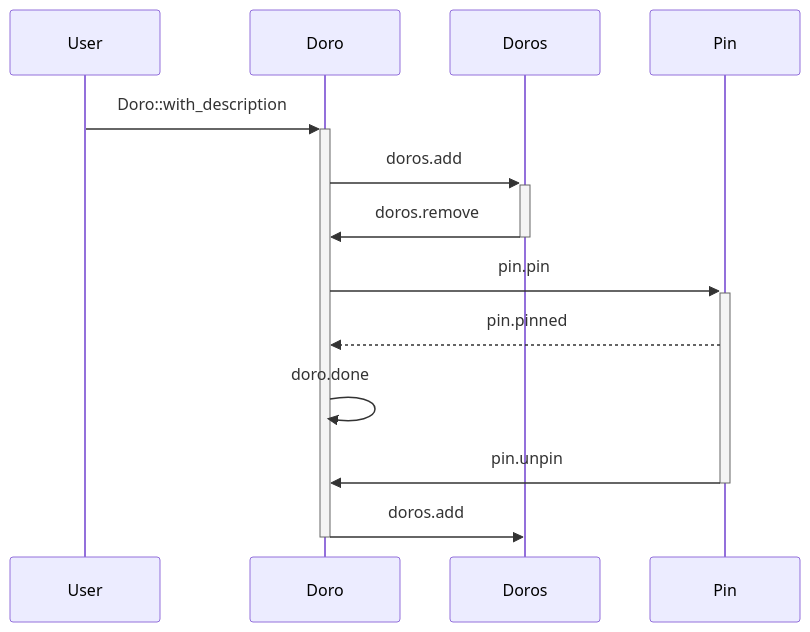
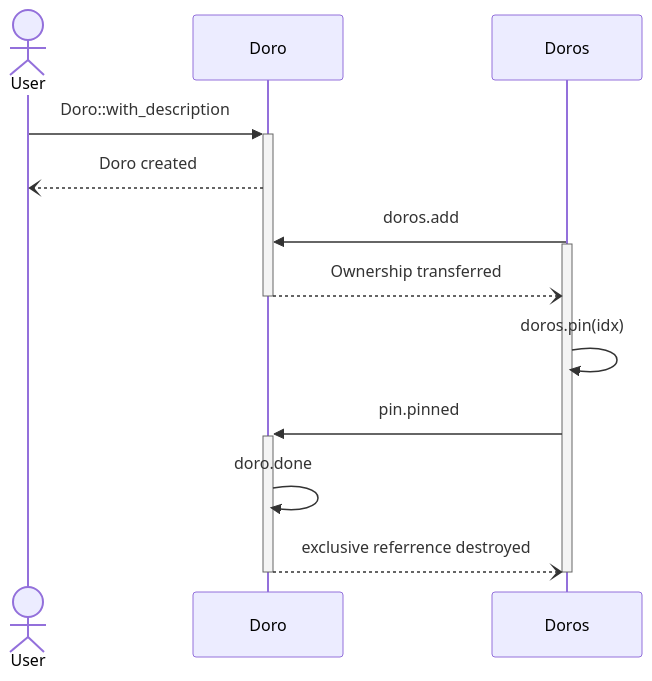
The fourth of 4 diagrams in src/pomo_doro/doro.md (huangjj27/huangjj27.github.io), drawn with Mermaid before and after one commit. The commit also changed other lines of this file, not shown here.

Commit message:
sprint-0.0.4(doro): 简化 Doro 与置顶的设计

````diff
--- a/src/pomo_doro/doro.md
+++ b/src/pomo_doro/doro.md
@@ -105,11 +87,14 @@
 ```mermaid
 sequenceDiagram
+    actor User
     User ->>+ Doro: Doro::with_description
-    Doro ->>+ Doros: doros.add
-    Doros ->>- Doro: doros.remove
-    Doro ->>+ Pin: pin.pin
-    Pin -->> Doro: pin.pinned
+    Doro --) User: Doro created
+    Doros ->> Doro: doros.add
+    activate Doros
+    Doro --)- Doros: Ownership transferred
+    Doros ->> Doros: doros.pin(idx)
+    Doros ->>+ Doro: pin.pinned
     Doro ->> Doro: doro.done
-    Pin ->>- Doro: pin.unpin
-    Doro ->>- Doros: doros.add
+    Doro --)- Doros: exclusive referrence destroyed
+    deactivate Doros
 ```
````
